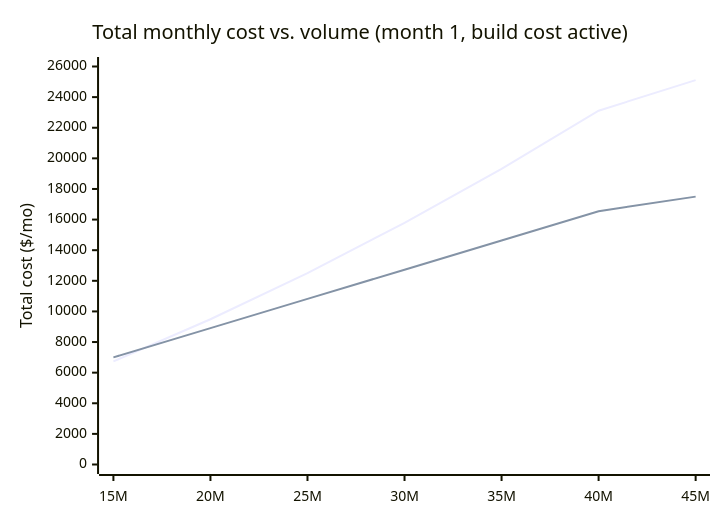
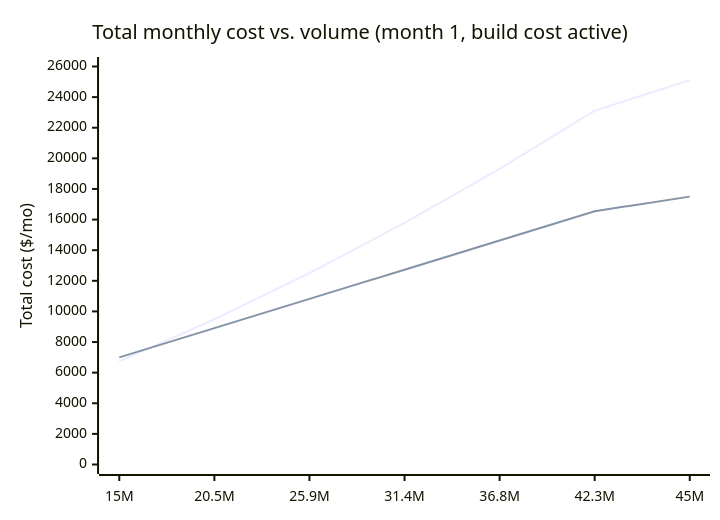
The second of 2 diagrams in src/content/applied-math/quantitative-modeling-design-decisions/L2-concept.mdx (francoandreDev/knowledge), drawn with Mermaid before and after one commit. The commit also changed 76 other files, not shown here.

````diff
--- a/src/content/applied-math/quantitative-modeling-design-decisions/L2-concept.mdx
+++ b/src/content/applied-math/quantitative-modeling-design-decisions/L2-concept.mdx
@@ -115,8 +115,8 @@
 ```mermaid
 xychart-beta
     title "Total monthly cost vs. volume (month 1, build cost active)"
-    x-axis ["15M", "20M", "25M", "30M", "35M", "40M", "45M"]
+    x-axis ["15M", "20.5M", "25.9M", "31.4M", "36.8M", "42.3M", "45M"]
     y-axis "Total cost ($/mo)" 0 --> 26000
     line [6734, 9490, 12505, 15780, 19317, 23114, 25109]
     line [7000, 8909, 10818, 12727, 14636, 16545, 17500]
 ```
````
